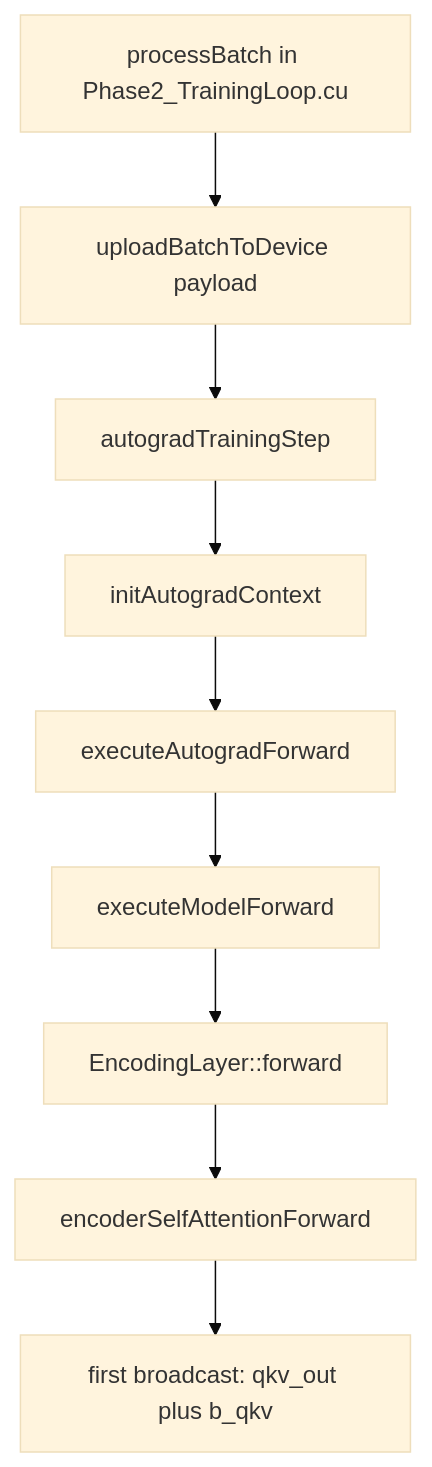
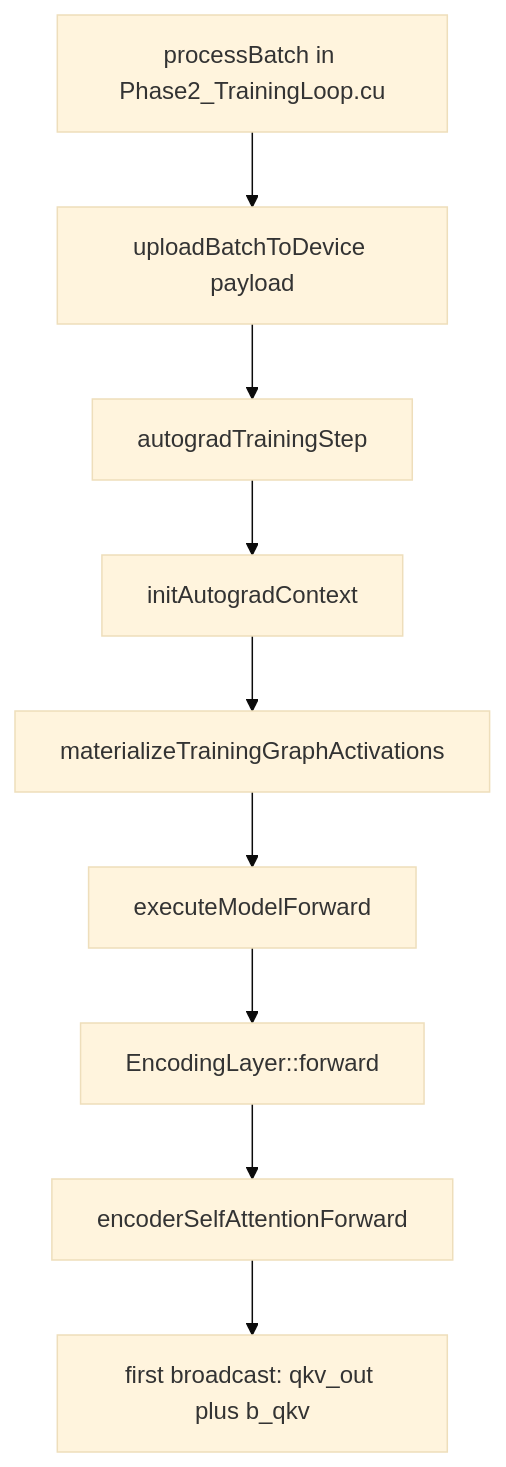
The first of 2 diagrams in resources/models/GRIM-text/GRIM/Docs/ForwardChronology.md (Reaper3825/G.R.I.M), drawn with Mermaid (base theme) before and after one commit. The commit also changed other lines of this file and 58 other files, not shown here.

````diff
--- a/resources/models/GRIM-text/GRIM/Docs/ForwardChronology.md
+++ b/resources/models/GRIM-text/GRIM/Docs/ForwardChronology.md
@@ -78,11 +75,11 @@
 ```mermaid
 flowchart TD
     A[processBatch in Phase2_TrainingLoop.cu] --> B[uploadBatchToDevice payload]
     B --> C[autogradTrainingStep]
     C --> D[initAutogradContext]
-    D --> E[executeAutogradForward]
+   D --> E[materializeTrainingGraphActivations]
     E --> F[executeModelForward]
     F --> G[EncodingLayer::forward]
     G --> H[encoderSelfAttentionForward]
     H --> I[first broadcast: qkv_out plus b_qkv]
 ```
````
